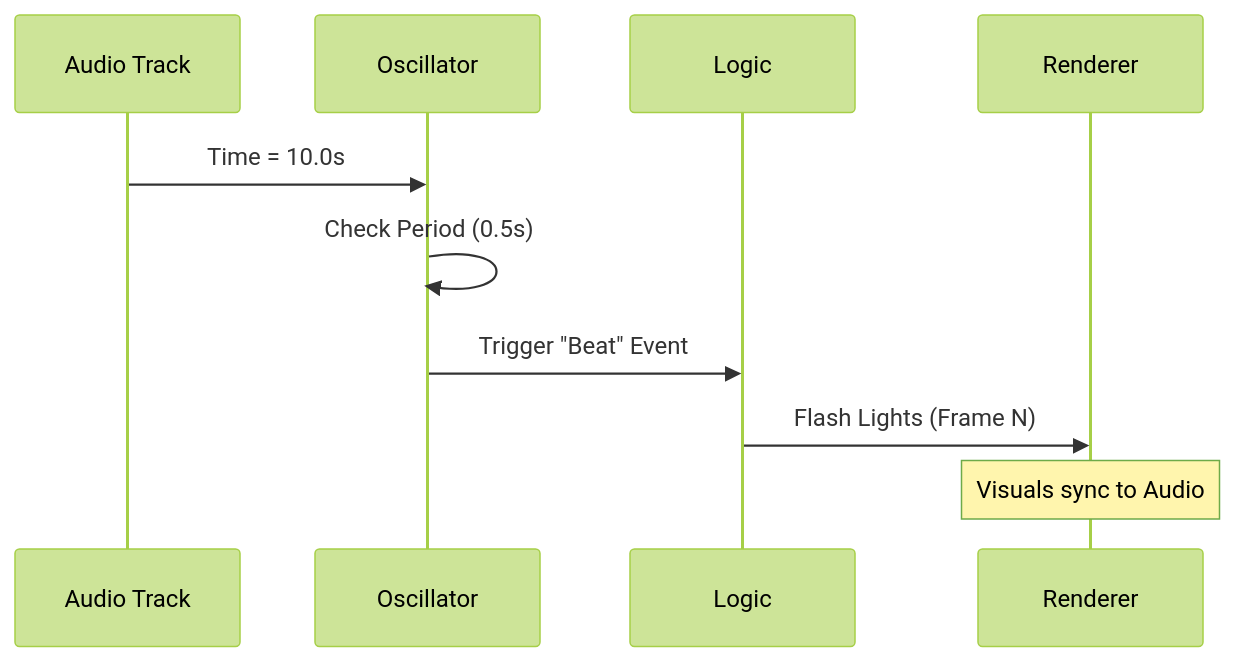
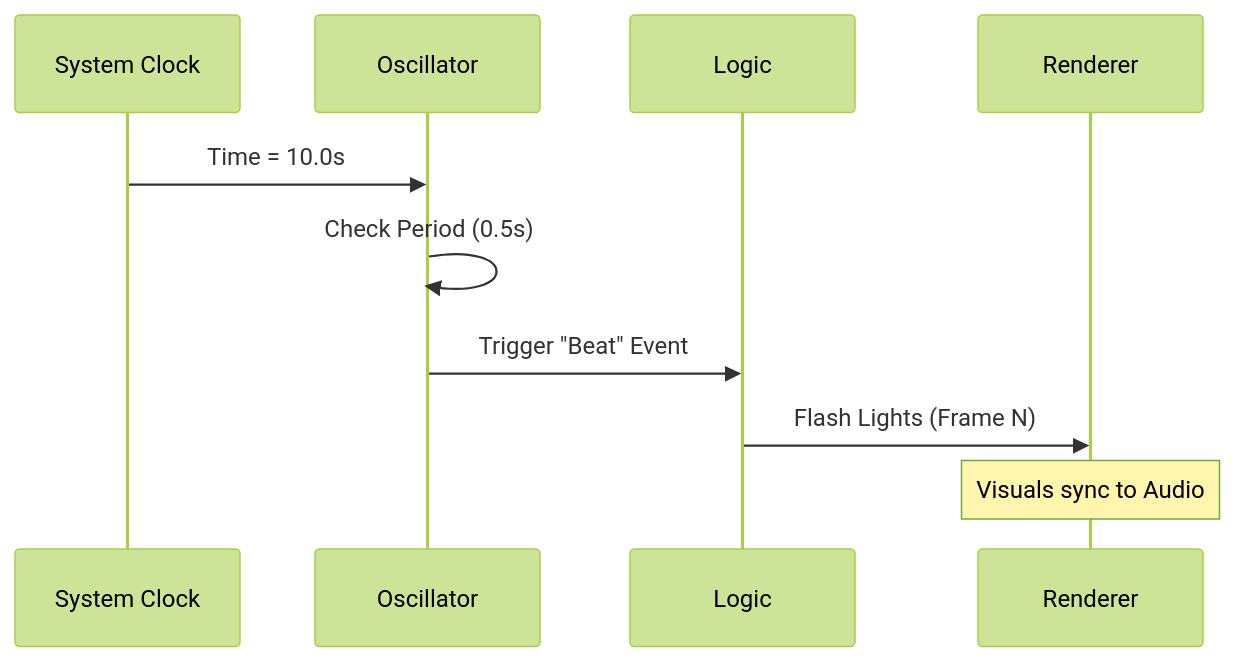
Before and after one commit to jmorel33/situation: the first of 14 diagrams in doc/situation_sdk.md, drawn with Mermaid (forest theme). The commit also changed other lines of this file, not shown here.

Commit message:
Update SDK diagrams to match architecture

````diff
--- a/doc/situation_sdk.md
+++ b/doc/situation_sdk.md
@@ -528,13 +528,13 @@
 ```mermaid
 sequenceDiagram
-    participant Music as Audio Track
+    participant Clock as System Clock
     participant Osc as Oscillator
     participant Game as Logic
     participant GPU as Renderer
 
-    Music->>Osc: Time = 10.0s
+    Clock->>Osc: Time = 10.0s
     Osc->>Osc: Check Period (0.5s)
     Osc->>Game: Trigger "Beat" Event
     Game->>GPU: Flash Lights (Frame N)
     Note over GPU: Visuals sync to Audio
 ```
````
